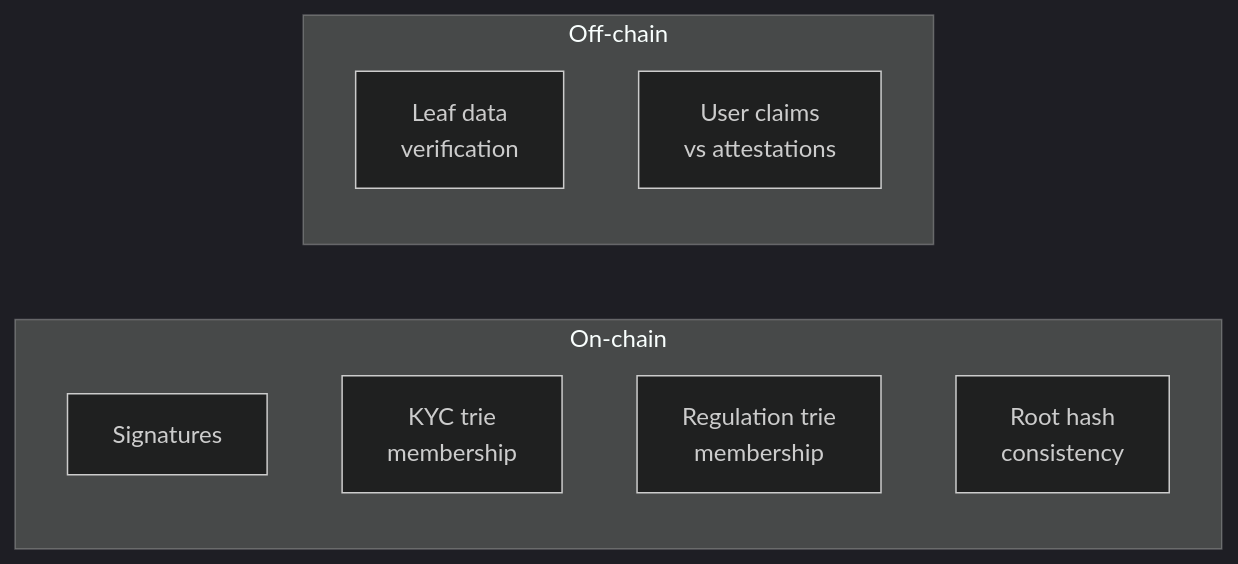
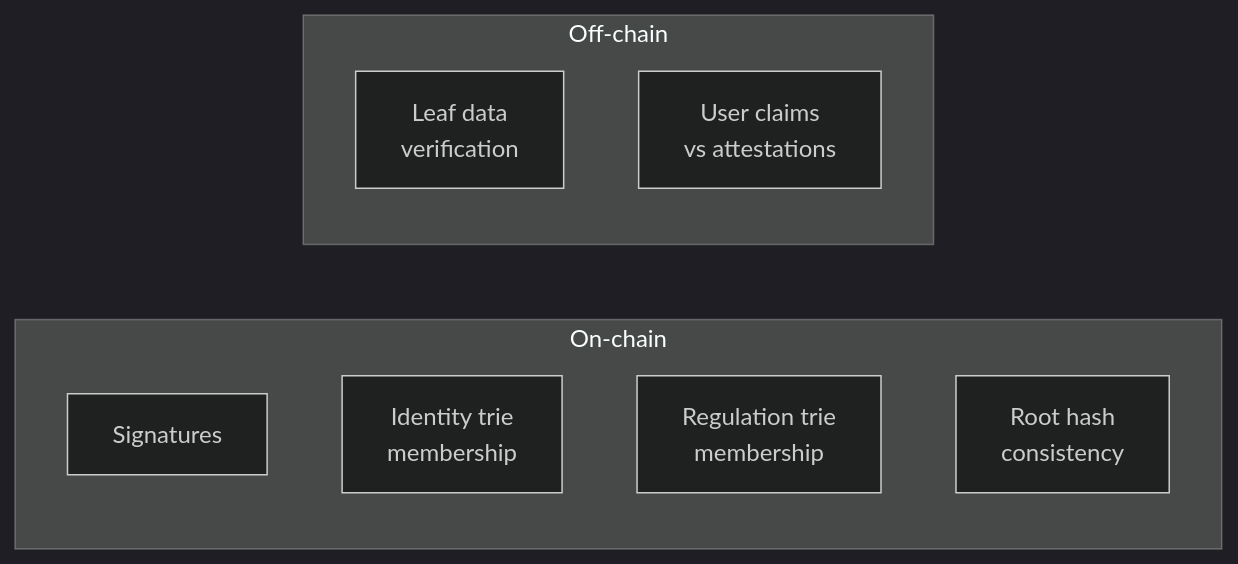
Before and after one commit to lambdasistemi/cardano-for-regulators: the second of 3 diagrams in docs/index.md, drawn with Mermaid (dark theme). The commit also changed other lines of this file and 1 other file, not shown here.

Commit message:
rename KYC provider to identity provider throughout

````diff
--- a/docs/index.md
+++ b/docs/index.md
@@ -41,14 +41,14 @@
 ```mermaid
 graph LR
     subgraph On-chain
         SIG[Signatures]
-        KYC_C[KYC trie<br/>membership]
+        IDP_C[Identity trie<br/>membership]
         REG_C[Regulation trie<br/>membership]
         HASH[Root hash<br/>consistency]
     end
 
     subgraph Off-chain
         LEAF[Leaf data<br/>verification]
         CLAIMS[User claims<br/>vs attestations]
     end
 ```
````
